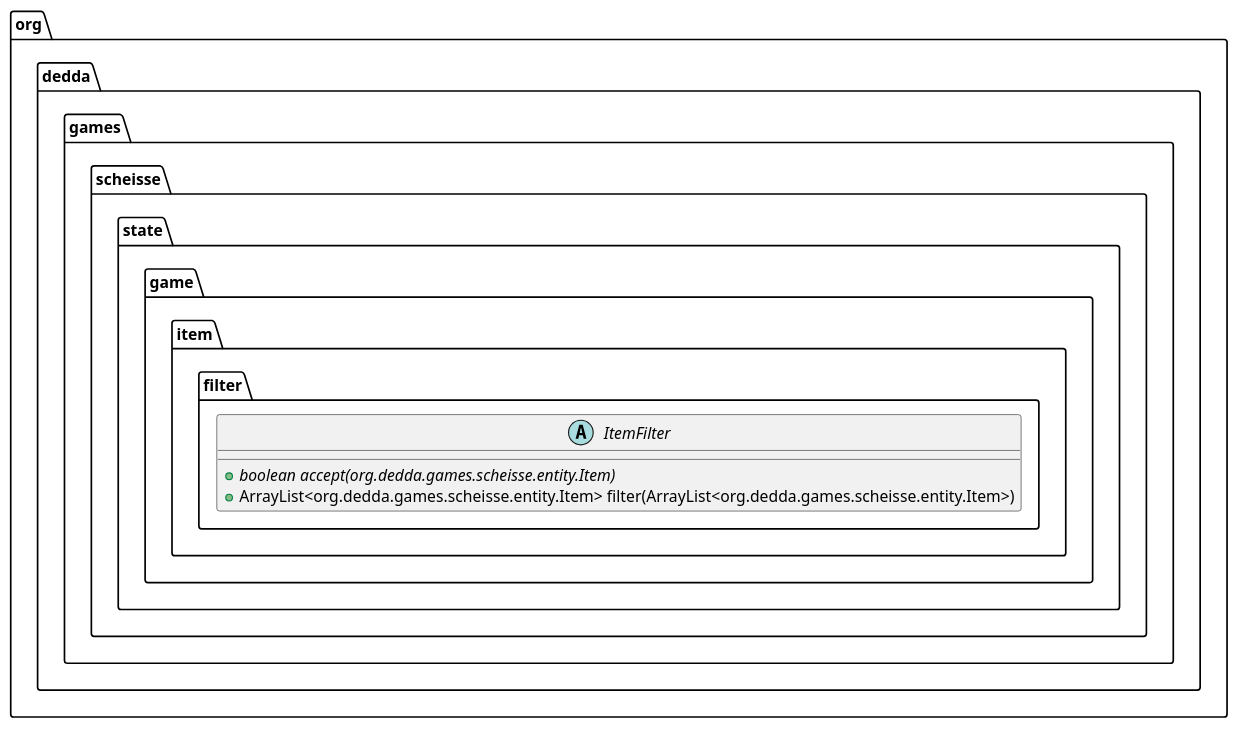
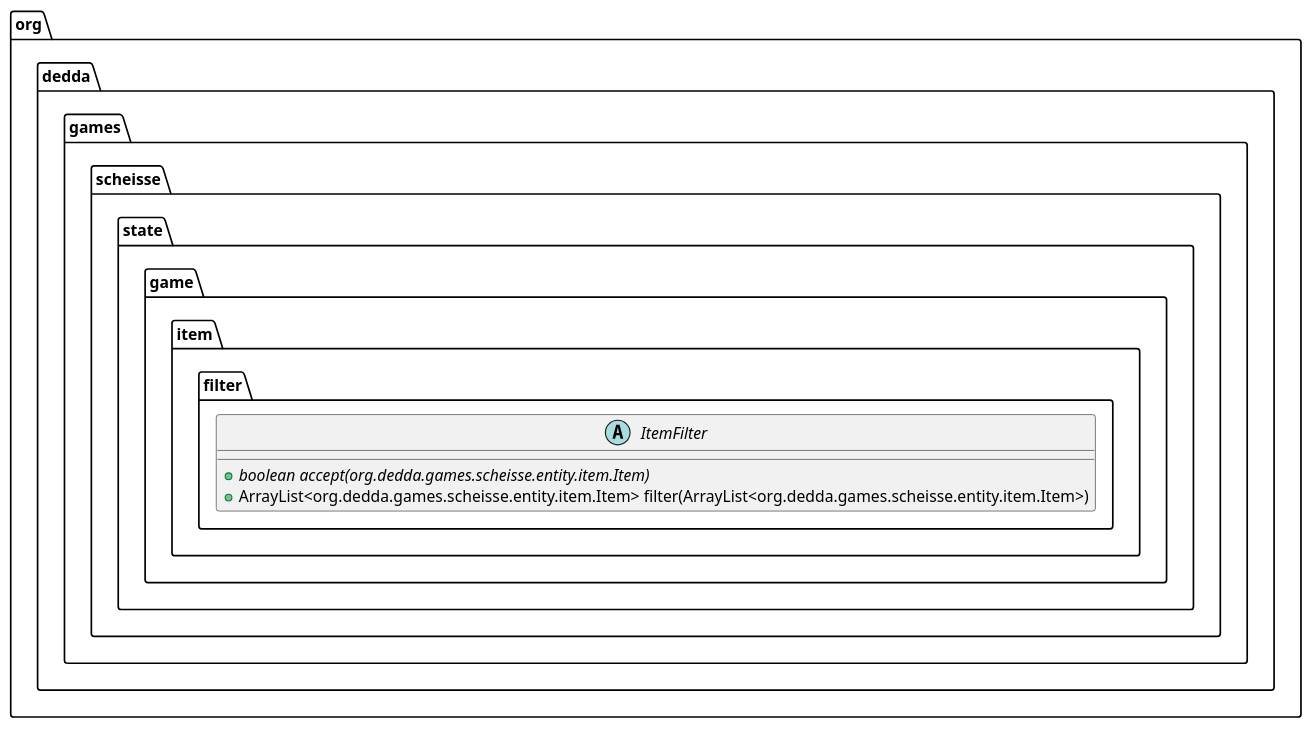
The diagram in game/uml/classes/org.dedda.games.scheisse.state.game.item.filter.ItemFilter.puml (gitter-badger/scheisse), drawn with PlantUML before and after one commit. The commit also changed 35 other files, not shown here.

```diff
--- a/game/uml/classes/org.dedda.games.scheisse.state.game.item.filter.ItemFilter.puml
+++ b/game/uml/classes/org.dedda.games.scheisse.state.game.item.filter.ItemFilter.puml
@@ -1,6 +1,6 @@
 @startuml
 abstract class org.dedda.games.scheisse.state.game.item.filter.ItemFilter{
-    + {abstract} boolean accept(org.dedda.games.scheisse.entity.Item)
-    + ArrayList<org.dedda.games.scheisse.entity.Item> filter(ArrayList<org.dedda.games.scheisse.entity.Item>)
+    + {abstract} boolean accept(org.dedda.games.scheisse.entity.item.Item)
+    + ArrayList<org.dedda.games.scheisse.entity.item.Item> filter(ArrayList<org.dedda.games.scheisse.entity.item.Item>)
 }
 @enduml
```
